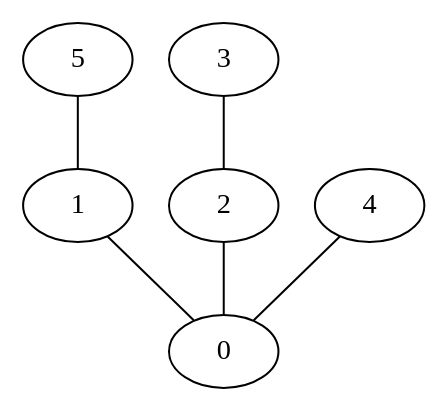
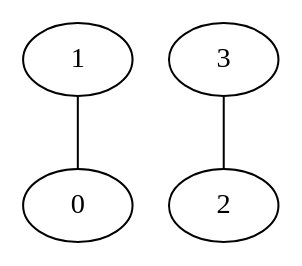
Before and after one commit to huubinh/Ctest: the diagram in b/graph_path.dot, drawn with Graphviz. The commit also changed 7 other files, not shown here.

```diff
--- a/b/graph_path.dot
+++ b/b/graph_path.dot
@@ -1,15 +1,10 @@
 /* Created by igraph 0.8.1 */
 graph {
   0;
   1;
   2;
   3;
-  4;
-  5;
 
   1 -- 0;
-  2 -- 0;
   3 -- 2;
-  4 -- 0;
-  5 -- 1;
 }
```
